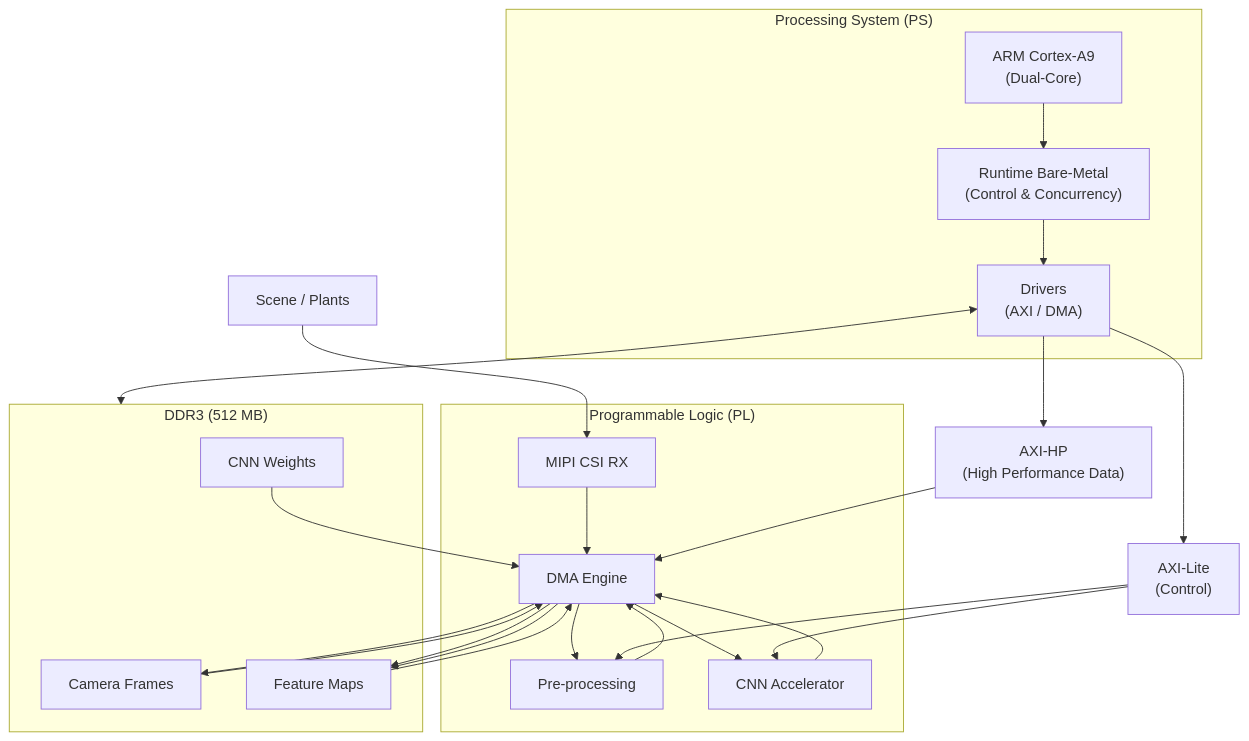
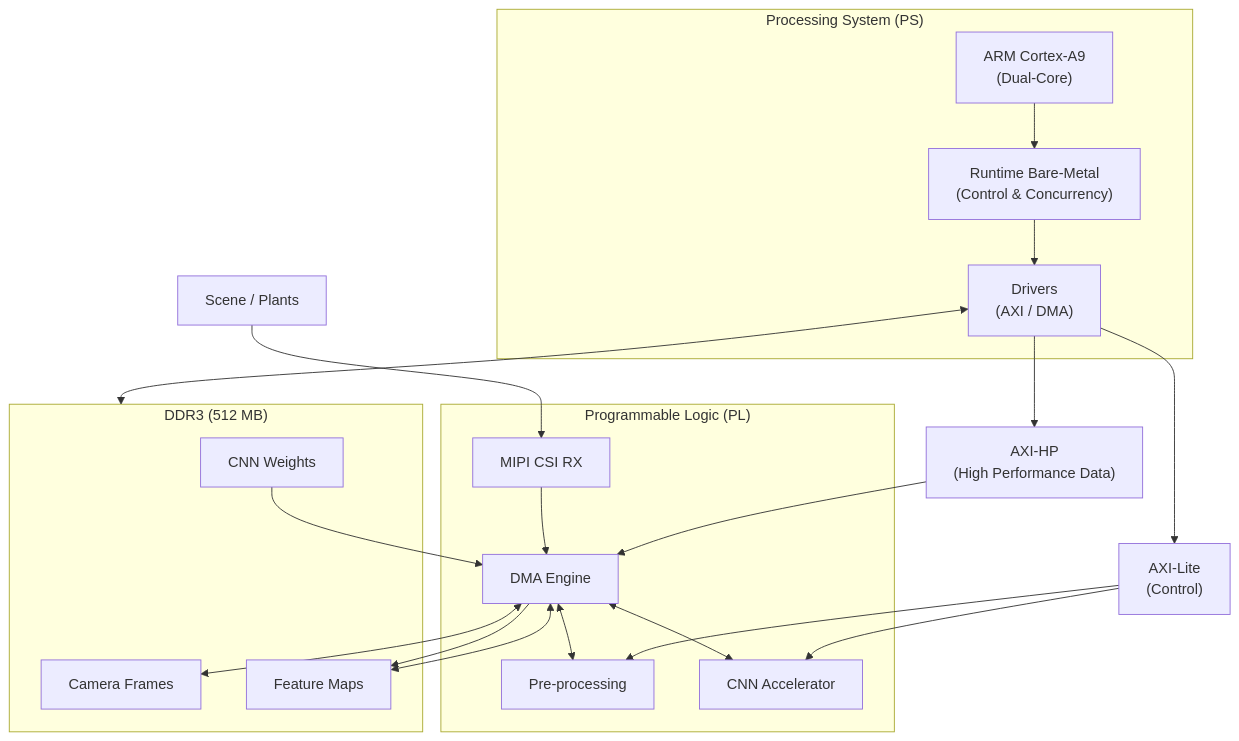
The first of 9 diagrams in Bitacora.md (angel-obando-17/CNN-accelerator-on-SoC), drawn with Mermaid before and after one commit.

Commit message:
UPDATE: Correccion de diagramas.

````diff
--- a/Bitacora.md
+++ b/Bitacora.md
@@ -74,77 +74,73 @@
 ```mermaid
 flowchart TB
     %% =========================
     %% External World
     %% =========================
     EXT["Scene / Plants"]
 
     %% =========================
     %% Processing System
     %% =========================
     subgraph PS["Processing System (PS)"]
         PS1["ARM Cortex-A9<br/>(Dual-Core)"]
         PS2["Runtime Bare-Metal<br/>(Control & Concurrency)"]
         PS3["Drivers<br/>(AXI / DMA)"]
 
         PS1 --> PS2
         PS2 --> PS3
     end
 
     %% =========================
     %% AXI Interconnect
     %% =========================
     AXIL["AXI-Lite<br/>(Control)"]
     AXIHP["AXI-HP<br/>(High Performance Data)"]
 
     %% =========================
     %% Programmable Logic
     %% =========================
     subgraph PL["Programmable Logic (PL)"]
         PL1["MIPI CSI RX"]
         PL2["Pre-processing"]
         PL3["CNN Accelerator"]
         DMA["DMA Engine"]
     end
 
     %% =========================
     %% DDR Memory
     %% =========================
     subgraph DDR["DDR3 (512 MB)"]
         DDR1["Camera Frames"]
         DDR2["Feature Maps"]
         DDR3["CNN Weights"]
     end
 
     %% =========================
     %% Connections
     %% =========================
     EXT --> PL1
 
     %% Capture path
     PL1 --> DMA
-    DMA --> DDR1
+    DMA <--> DDR1
 
     %% Preprocessing path
-    DDR1 --> DMA
-    DMA --> PL2
-    PL2 --> DMA
+    DMA <--> PL2
     DMA --> DDR2
 
     %% CNN execution path
-    DDR2 --> DMA
+    DDR2 <--> DMA
     DDR3 --> DMA
-    DMA --> PL3
-    PL3 --> DMA
-    DMA --> DDR2
+    DMA <--> PL3
 
     %% Control paths
     PS3 --> AXIL
     AXIL --> PL2
     AXIL --> PL3
 
     PS3 --> AXIHP
     AXIHP --> DMA
 
     PS3 <--> DDR
 
 ```
````
